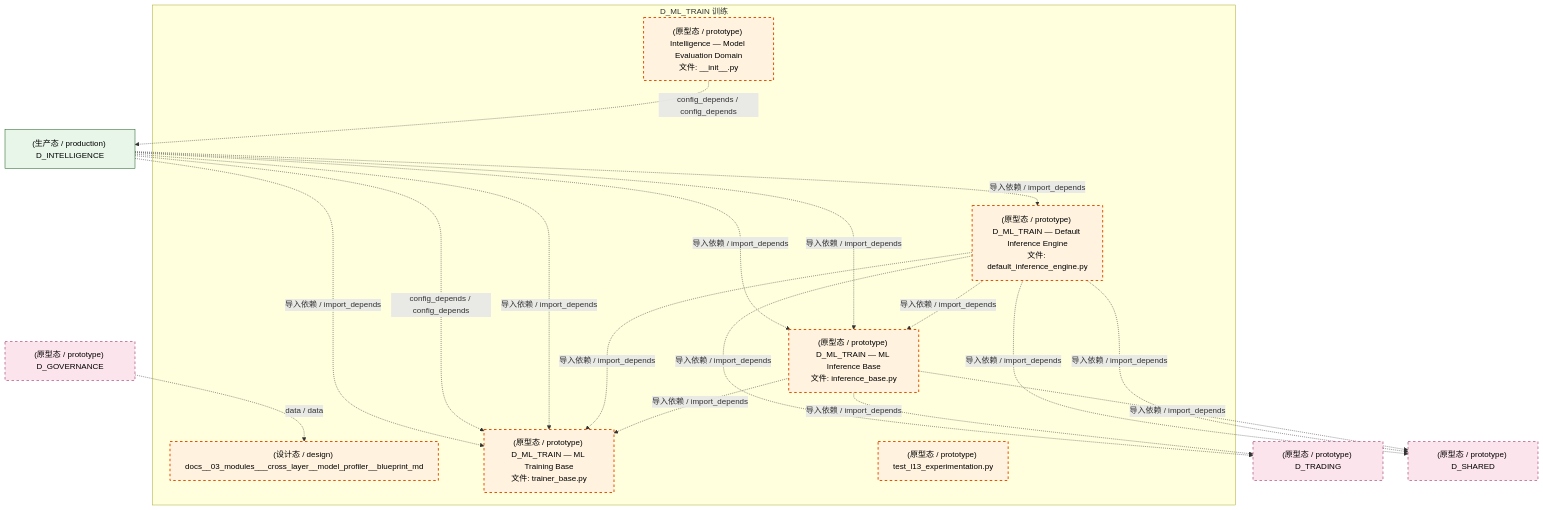
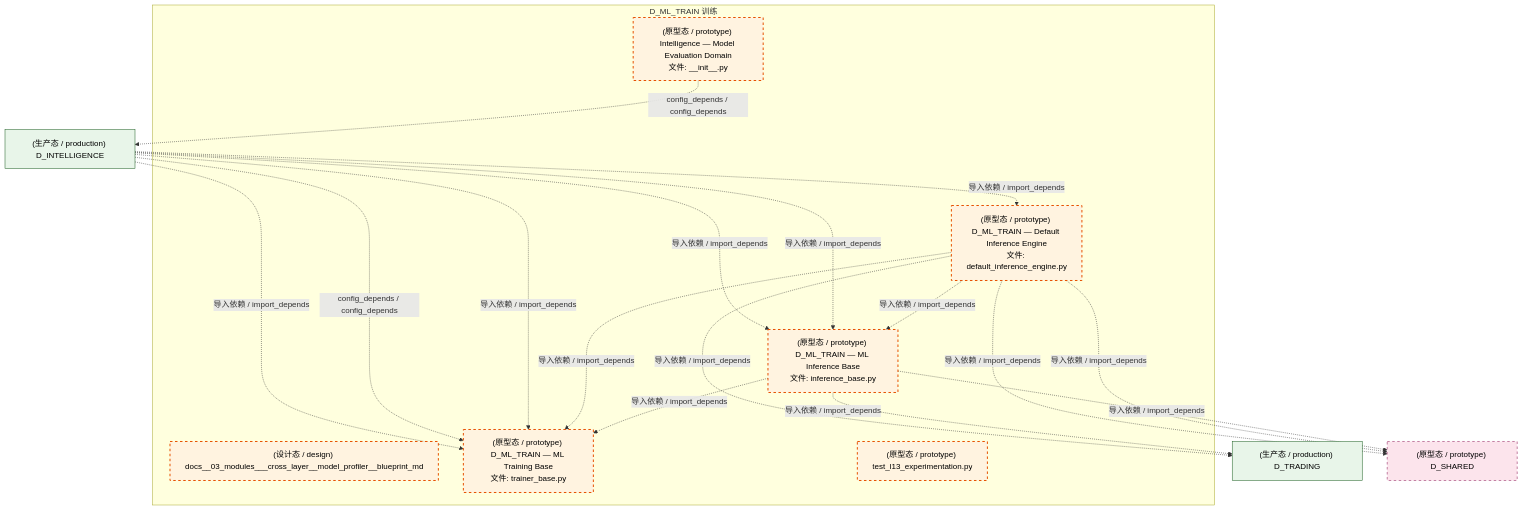
The first of 4 diagrams in docs/02_enterprise_architecture/02_domain_architecture_docs/50_d_ml_train.md (xuanFelixVan/ZephyrAlpha), drawn with Mermaid before and after one commit. The commit also changed other lines of this file and 126 other files, not shown here.

````diff
--- a/docs/02_enterprise_architecture/02_domain_architecture_docs/50_d_ml_train.md
+++ b/docs/02_enterprise_architecture/02_domain_architecture_docs/50_d_ml_train.md
@@ -74,38 +74,36 @@
 ```mermaid
 graph TD
     subgraph D_ML_TRAIN["D_ML_TRAIN 训练"]
         docs_03_modules_cross_layer_model_profiler_blueprint_md["(设计态 / design) docs__03_modules___cross_layer__model_profiler__blueprint_md"]
         src_zephyr_intelligence_model_evaluation_init_py["(原型态 / prototype) Intelligence — Model Evaluation Domain<br/>文件: __init__.py"]
         src_zephyr_ml_train_implementations_default_inference_engine_py["(原型态 / prototype) D_ML_TRAIN — Default Inference Engine<br/>文件: default_inference_engine.py"]
         src_zephyr_ml_train_inference_base_py["(原型态 / prototype) D_ML_TRAIN — ML Inference Base<br/>文件: inference_base.py"]
         src_zephyr_ml_train_trainer_base_py["(原型态 / prototype) D_ML_TRAIN — ML Training Base<br/>文件: trainer_base.py"]
         tests_ml_experiment_test_l13_experimentation_py["(原型态 / prototype) test_l13_experimentation.py"]
     end
     src_zephyr_ml_train_inference_base_py -.->|导入依赖 / import_depends| src_zephyr_ml_train_trainer_base_py
     src_zephyr_ml_train_implementations_default_inference_engine_py -.->|导入依赖 / import_depends| src_zephyr_ml_train_trainer_base_py
     src_zephyr_ml_train_implementations_default_inference_engine_py -.->|导入依赖 / import_depends| src_zephyr_ml_train_inference_base_py
     D_INTELLIGENCE["(生产态 / production) D_INTELLIGENCE"]
     src_zephyr_intelligence_model_evaluation_init_py -.->|config_depends / config_depends| D_INTELLIGENCE
-    D_TRADING["(原型态 / prototype) D_TRADING"]
+    D_TRADING["(生产态 / production) D_TRADING"]
     src_zephyr_ml_train_inference_base_py -.->|导入依赖 / import_depends| D_TRADING
     D_SHARED["(原型态 / prototype) D_SHARED"]
     src_zephyr_ml_train_inference_base_py -.->|导入依赖 / import_depends| D_SHARED
     src_zephyr_ml_train_implementations_default_inference_engine_py -.->|导入依赖 / import_depends| D_TRADING
     src_zephyr_ml_train_implementations_default_inference_engine_py -.->|导入依赖 / import_depends| D_SHARED
     src_zephyr_ml_train_implementations_default_inference_engine_py -.->|导入依赖 / import_depends| D_SHARED
-    D_GOVERNANCE["(原型态 / prototype) D_GOVERNANCE"]
-    D_GOVERNANCE -.->|data / data| docs_03_modules_cross_layer_model_profiler_blueprint_md
     D_INTELLIGENCE -.->|导入依赖 / import_depends| src_zephyr_ml_train_inference_base_py
     D_INTELLIGENCE -.->|导入依赖 / import_depends| src_zephyr_ml_train_implementations_default_inference_engine_py
     D_INTELLIGENCE -.->|导入依赖 / import_depends| src_zephyr_ml_train_trainer_base_py
     D_INTELLIGENCE -.->|config_depends / config_depends| src_zephyr_ml_train_trainer_base_py
     D_INTELLIGENCE -.->|导入依赖 / import_depends| src_zephyr_ml_train_inference_base_py
     D_INTELLIGENCE -.->|导入依赖 / import_depends| src_zephyr_ml_train_trainer_base_py
     classDef production fill:#e1f5fe,stroke:#01579b,stroke-width:2px,color:#000
     classDef design fill:#fff3e0,stroke:#e65100,stroke-width:2px,color:#000,stroke-dasharray: 5 5
     classDef external_prod fill:#e8f5e9,stroke:#1b5e20,stroke-width:1px,color:#000
     classDef external_design fill:#fce4ec,stroke:#880e4f,stroke-width:1px,color:#000,stroke-dasharray: 5 5
     class docs_03_modules_cross_layer_model_profiler_blueprint_md,src_zephyr_intelligence_model_evaluation_init_py,src_zephyr_ml_train_implementations_default_inference_engine_py,src_zephyr_ml_train_inference_base_py,src_zephyr_ml_train_trainer_base_py,tests_ml_experiment_test_l13_experimentation_py design
-    class D_INTELLIGENCE external_prod
-    class D_TRADING,D_SHARED,D_GOVERNANCE external_design
+    class D_INTELLIGENCE,D_TRADING external_prod
+    class D_SHARED external_design
 ```
````
